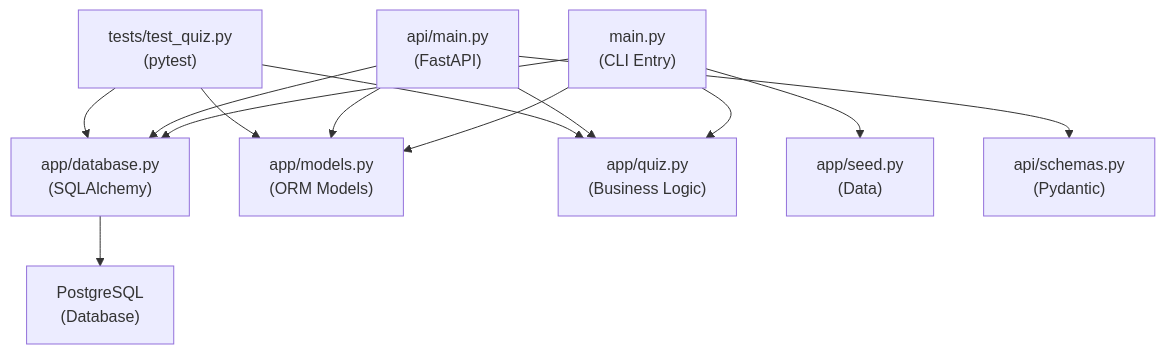
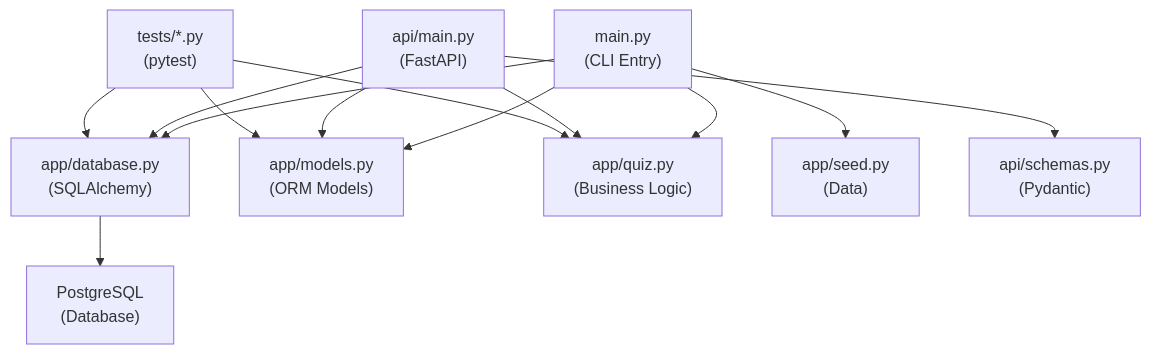
One commit to LabordaSebastian/english-verb-trainer changed the diagram in docs/structure.md. Above: the diagram before and after it, drawn with Mermaid. The commit also changed other lines of this file and 5 other files, not shown here.

````diff
--- a/docs/structure.md
+++ b/docs/structure.md
@@ -205,18 +208,18 @@
 ```mermaid
 graph TB
     A["main.py<br/>(CLI Entry)"] --> B["app/database.py<br/>(SQLAlchemy)"]
     A --> C["app/models.py<br/>(ORM Models)"]
     A --> D["app/quiz.py<br/>(Business Logic)"]
     A --> E["app/seed.py<br/>(Data)"]
 
     F["api/main.py<br/>(FastAPI)"] --> B
     F --> C
     F --> D
     F --> G["api/schemas.py<br/>(Pydantic)"]
 
-    H["tests/test_quiz.py<br/>(pytest)"] --> C
+    H["tests/*.py<br/>(pytest)"] --> C
     H --> D
     H --> B
 
     B --> I["PostgreSQL<br/>(Database)"]
 ```
````
